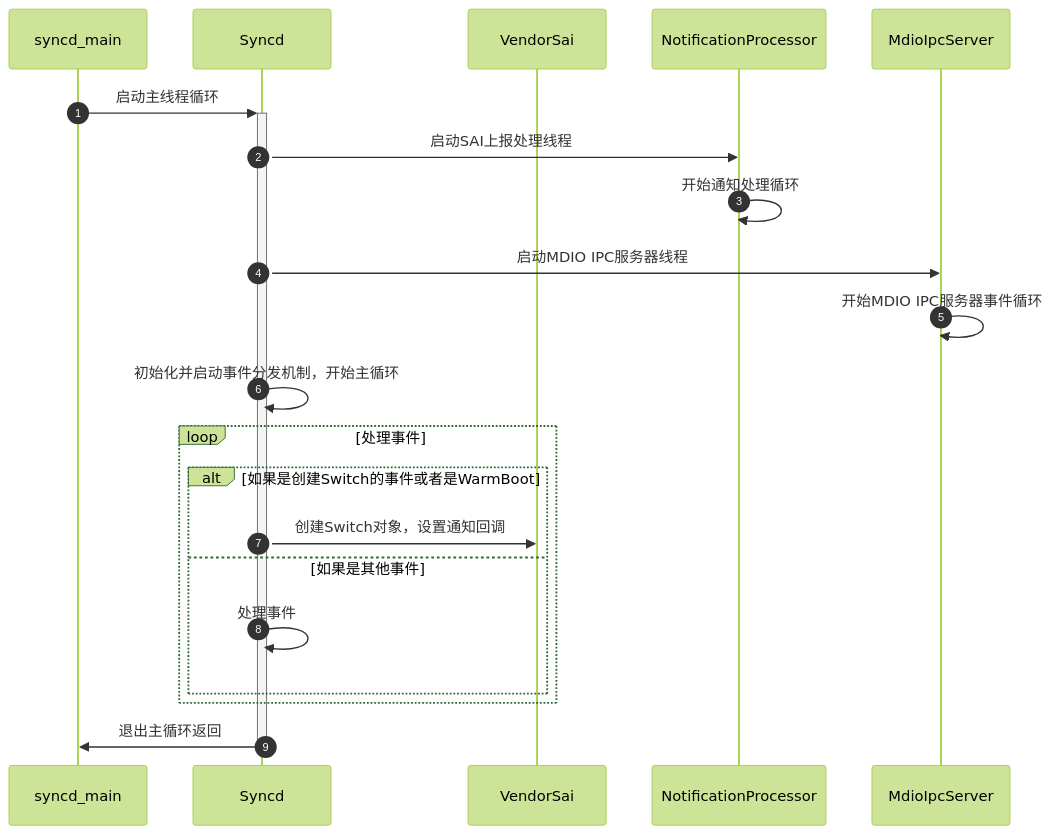
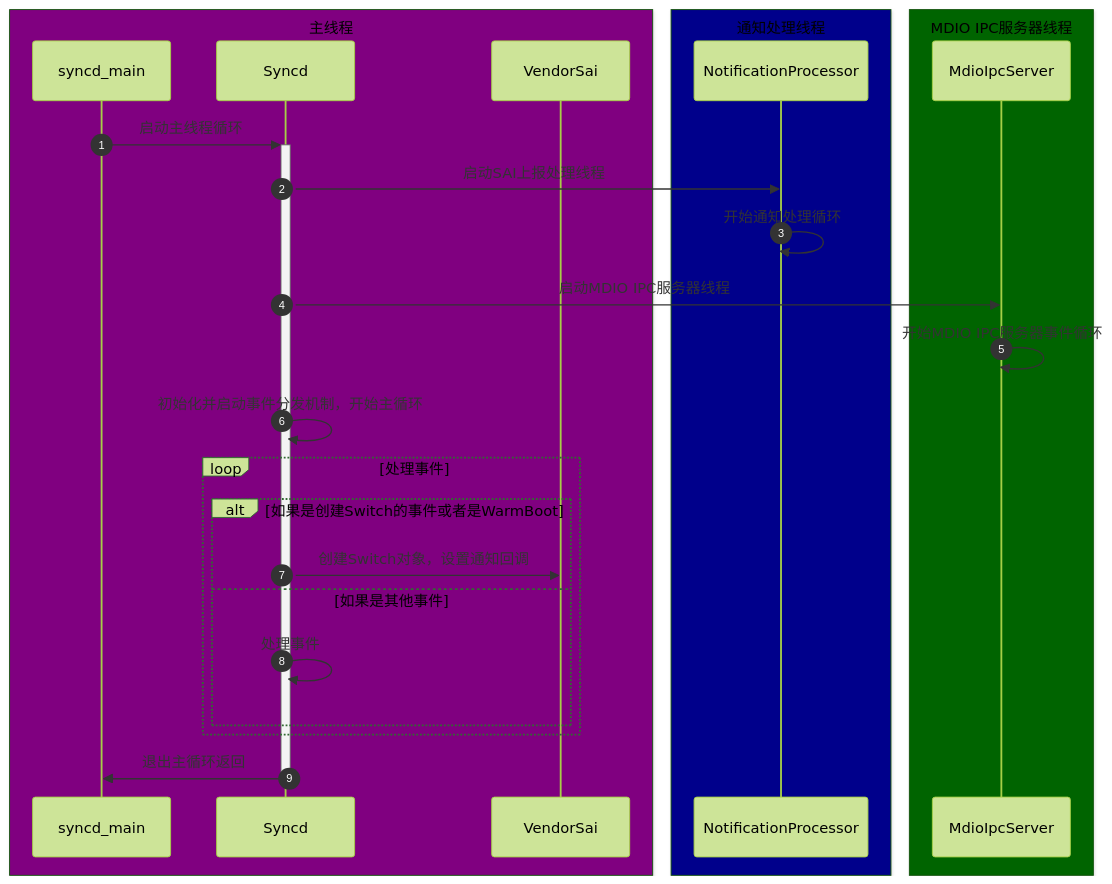
Before and after one commit to r12f/sonic-book: the second of 4 diagrams in src/5-1-syncd-sai-workflow.md, drawn with Mermaid (forest theme). The commit also changed other lines of this file and 2 other files, not shown here.

Commit message:
Update mermaid to 10.2.3 for box support.

````diff
--- a/src/5-1-syncd-sai-workflow.md
+++ b/src/5-1-syncd-sai-workflow.md
@@ -31,26 +31,32 @@
 ```mermaid
 sequenceDiagram
     autonumber
+    box purple 主线程
     participant SDM as syncd_main
     participant SD as Syncd
     participant SAI as VendorSai
+    end
+    box darkblue 通知处理线程
     participant NP as NotificationProcessor
+    end
+    box darkgreen MDIO IPC服务器线程
     participant MIS as MdioIpcServer
+    end
 
     SDM->>+SD: 启动主线程循环
     SD->>NP: 启动SAI上报处理线程
     NP->>NP: 开始通知处理循环
     SD->>MIS: 启动MDIO IPC服务器线程
     MIS->>MIS: 开始MDIO IPC服务器事件循环
     SD->>SD: 初始化并启动事件分发机制，开始主循环
 
     loop 处理事件
         alt 如果是创建Switch的事件或者是WarmBoot
             SD->>SAI: 创建Switch对象，设置通知回调
         else 如果是其他事件
             SD->>SD: 处理事件
         end
     end
 
     SD->>-SDM: 退出主循环返回
 ```
````
